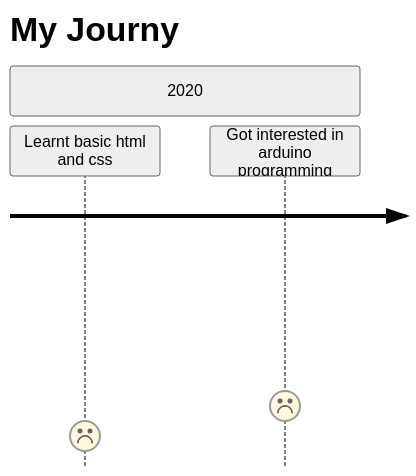
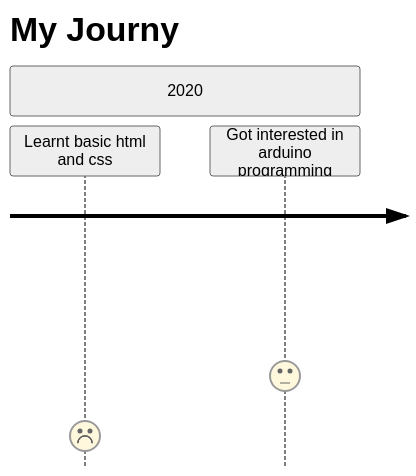
Before and after one commit to pratik-londhe4/pratik-londhe4: the diagram in README.md, drawn with Mermaid (neutral theme).

````diff
--- a/README.md
+++ b/README.md
@@ -16,12 +16,12 @@
 ```mermaid
 journey
 	title   My Journy 
 	section 2020
 		Learnt basic html and css: 1
-		Got interested in arduino programming : 2
+		Got interested in arduino programming : 3
 		
 	section 2021
 		
 	section 2021
 		
 ```
````
